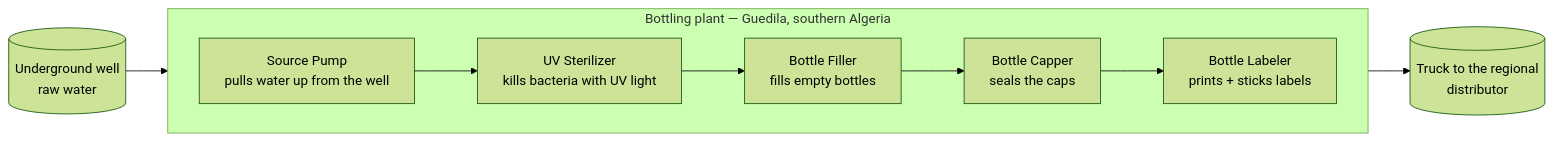
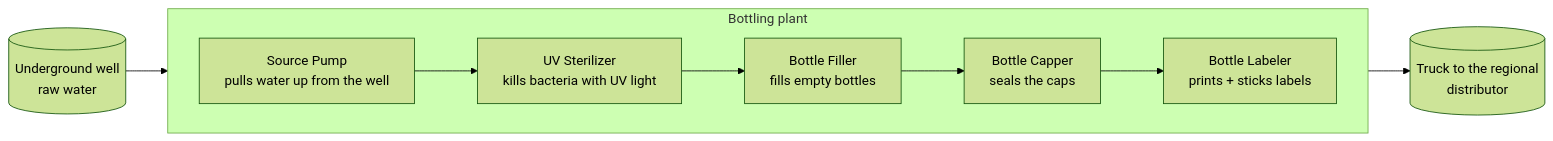
One commit to zestones/Aria changed the first of 3 diagrams in docs/planning/M9-polish-e2e/demo-plant-design.md. Above: the diagram before and after it, drawn with Mermaid (forest theme). The commit also changed other lines of this file, not shown here.

````diff
--- a/docs/planning/M9-polish-e2e/demo-plant-design.md
+++ b/docs/planning/M9-polish-e2e/demo-plant-design.md
@@ -89,15 +95,15 @@
 ```mermaid
 flowchart LR
     Well[("Underground well<br/>raw water")]
-    subgraph Plant["Bottling plant — Guedila, southern Algeria"]
+    subgraph Plant["Bottling plant"]
       direction LR
       Pump["Source Pump<br/>pulls water up from the well"]
       UV["UV Sterilizer<br/>kills bacteria with UV light"]
       Filler["Bottle Filler<br/>fills empty bottles"]
       Capper["Bottle Capper<br/>seals the caps"]
       Labeler["Bottle Labeler<br/>prints + sticks labels"]
     end
     Truck[("Truck to the regional<br/>distributor")]
 
     Well --> Pump --> UV --> Filler --> Capper --> Labeler --> Truck
 ```
````
